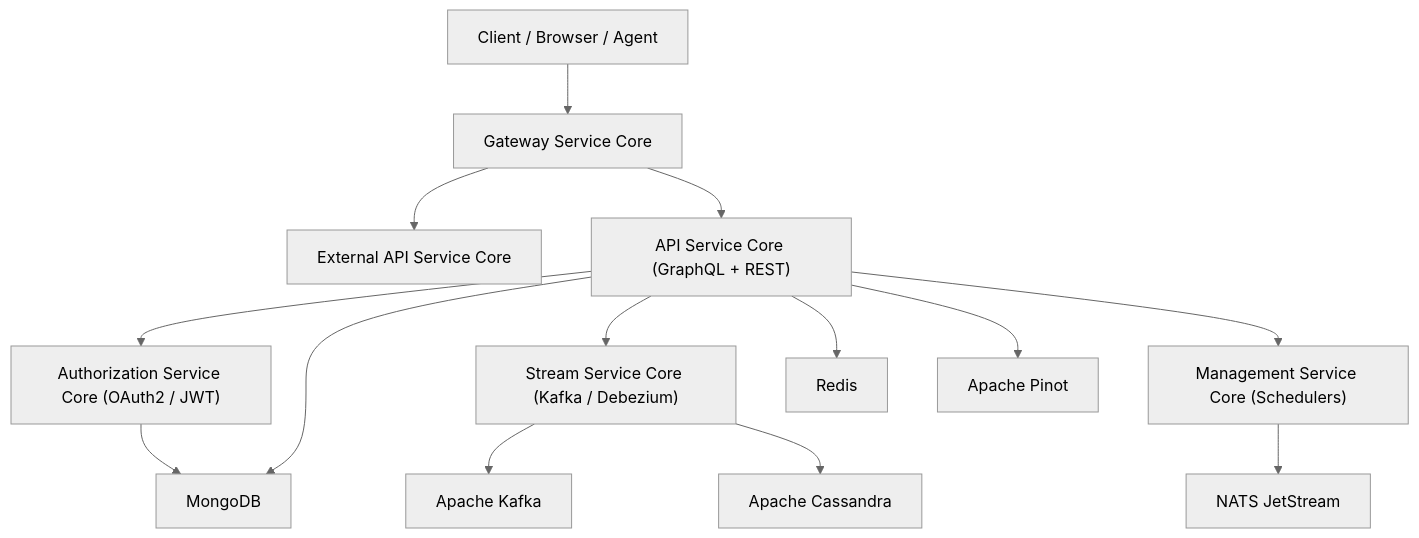
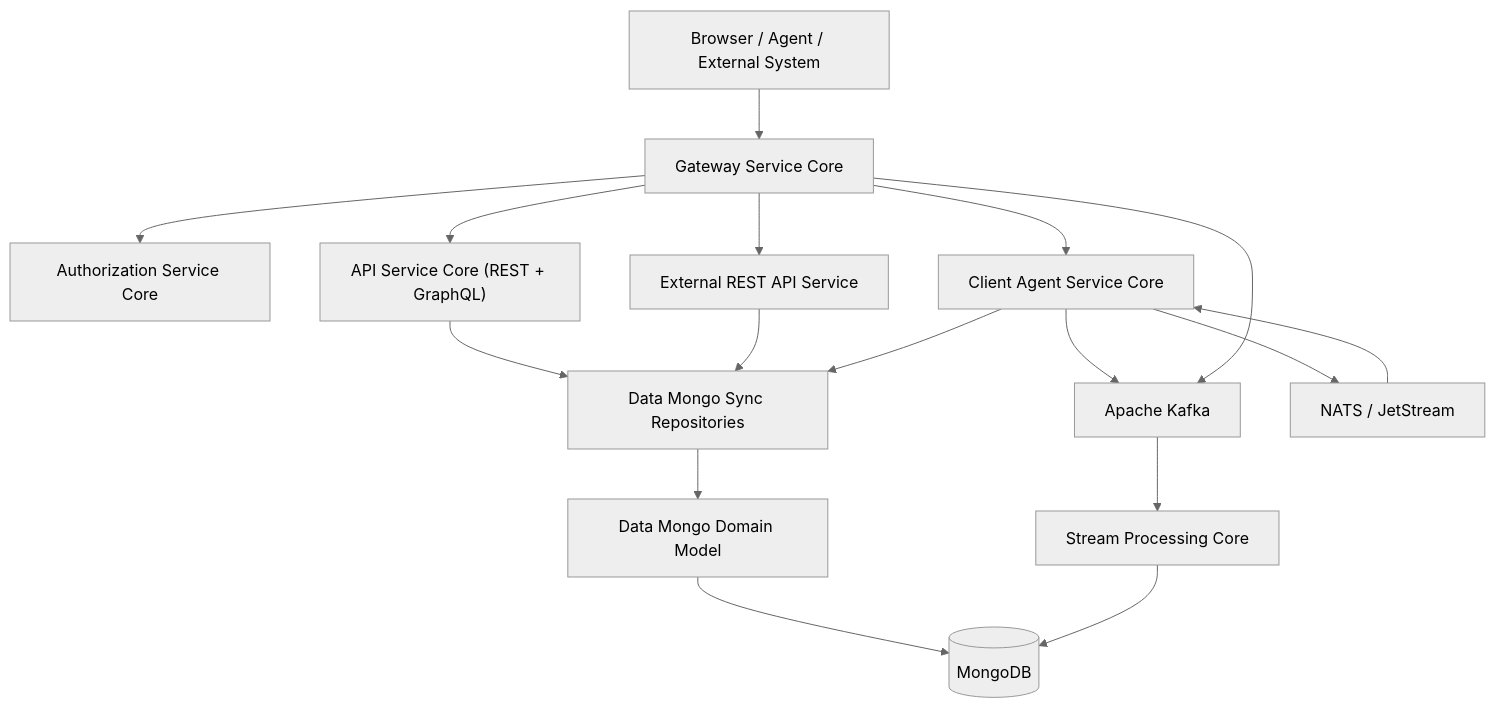
One commit to flamingo-stack/openframe-oss-lib changed the diagram in README.md. Above: the diagram before and after it, drawn with Mermaid (neutral theme). The commit also changed other lines of this file and 3 other files, not shown here.

````diff
--- a/README.md
+++ b/README.md
@@ -42,18 +42,24 @@
 ```mermaid
 flowchart TD
-    Client["Client / Browser / Agent"] --> Gateway["Gateway Service Core"]
-    Gateway --> ExternalAPI["External API Service Core"]
-    Gateway --> ApiCore["API Service Core (GraphQL + REST)"]
+    Client["Browser / Agent / External System"] --> Gateway["Gateway Service Core"]
 
-    ApiCore --> Authz["Authorization Service Core (OAuth2 / JWT)"]
-    ApiCore --> Stream["Stream Service Core (Kafka / Debezium)"]
-    ApiCore --> Management["Management Service Core (Schedulers)"]
+    Gateway --> Authz["Authorization Service Core"]
+    Gateway --> Api["API Service Core (REST + GraphQL)"]
+    Gateway --> ExternalApi["External REST API Service"]
+    Gateway --> ClientAgent["Client Agent Service Core"]
 
-    Authz --> Mongo["MongoDB"]
-    ApiCore --> Mongo
-    ApiCore --> Redis["Redis"]
-    ApiCore --> Pinot["Apache Pinot"]
-    Stream --> Kafka["Apache Kafka"]
-    Stream --> Cassandra["Apache Cassandra"]
-    Management --> NATS["NATS JetStream"]
+    Api --> Repos["Data Mongo Sync Repositories"]
+    ExternalApi --> Repos
+    ClientAgent --> Repos
+
+    Repos --> Domain["Data Mongo Domain Model"]
+    Domain --> Mongo[("MongoDB")]
+
+    ClientAgent --> Kafka["Apache Kafka"]
+    Gateway --> Kafka
+    Kafka --> Stream["Stream Processing Core"]
+    Stream --> Mongo
+
+    ClientAgent --> NATS["NATS / JetStream"]
+    NATS --> ClientAgent
 ```
````
